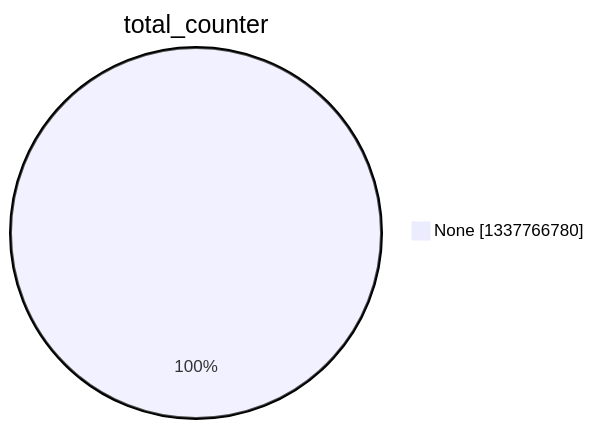
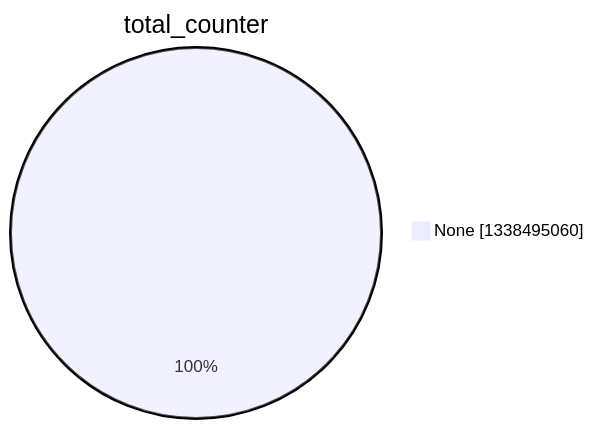
Before and after one commit to christiankrug/ctmonitor_visualization: the second of 15 diagrams in argon2022/README.md, drawn with Mermaid. The commit also changed other lines of this file, not shown here.

````diff
--- a/argon2022/README.md
+++ b/argon2022/README.md
@@ -9,5 +9,5 @@
 ```mermaid
 pie showData
 title total_counter
-"None" :1337766780
+"None" :1338495060
 ```
````
